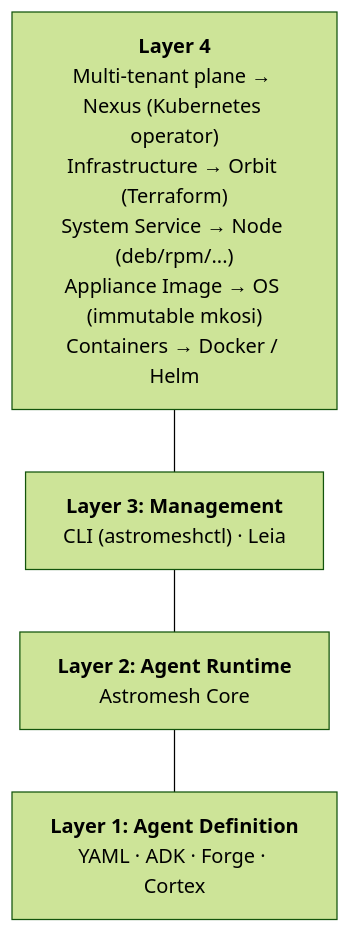
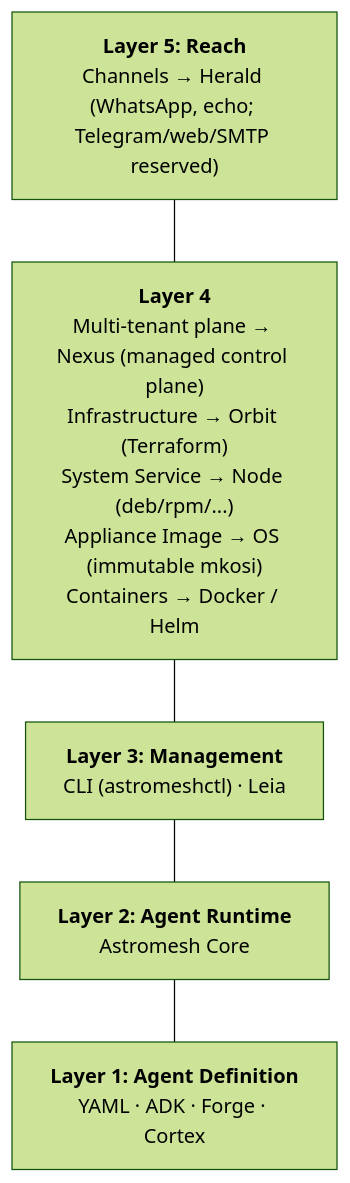
One commit to monaccode/astromesh changed the second of 2 diagrams in docs-site/src/content/docs/getting-started/ecosystem.md. Above: the diagram before and after it, drawn with Mermaid (forest theme). The commit also changed other lines of this file and 19 other files, not shown here.

````diff
--- a/docs-site/src/content/docs/getting-started/ecosystem.md
+++ b/docs-site/src/content/docs/getting-started/ecosystem.md
@@ -102,16 +114,18 @@
 ```mermaid
 flowchart TB
+    l5["`**Layer 5: Reach**
+    Channels → Herald (WhatsApp, echo; Telegram/web/SMTP reserved)`"]
     l4["`**Layer 4**
-    Multi-tenant plane → Nexus (Kubernetes operator)
+    Multi-tenant plane → Nexus (managed control plane)
     Infrastructure → Orbit (Terraform)
     System Service → Node (deb/rpm/...)
     Appliance Image → OS (immutable mkosi)
     Containers → Docker / Helm`"]
     l3["`**Layer 3: Management**
     CLI (astromeshctl) · Leia`"]
     l2["`**Layer 2: Agent Runtime**
     Astromesh Core`"]
     l1["`**Layer 1: Agent Definition**
     YAML · ADK · Forge · Cortex`"]
-    l4 --- l3 --- l2 --- l1
+    l5 --- l4 --- l3 --- l2 --- l1
 ```
````
